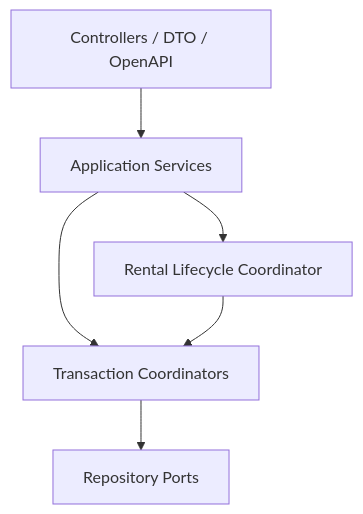
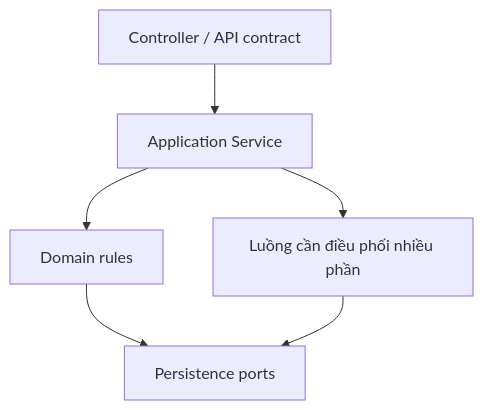
The third of 5 diagrams in docs/contexts/system-map.md (Danh20100/moibile_app), drawn with Mermaid before and after one commit. The commit also changed other lines of this file and 9 other files, not shown here.

````diff
--- a/docs/contexts/system-map.md
+++ b/docs/contexts/system-map.md
@@ -61,14 +53,8 @@
 ```mermaid
 flowchart TB
-    API[Controllers / DTO / OpenAPI]
-    APP[Application Services]
-    LIFE[Rental Lifecycle Coordinator]
-    GUARD[Transaction Coordinators]
-    REPO[Repository Ports]
-
-    API --> APP
-    APP --> LIFE
-    APP --> GUARD
-    LIFE --> GUARD
-    GUARD --> REPO
+    API["Controller / API contract"] --> APP["Application Service"]
+    APP --> RULE["Domain rules"]
+    APP --> COORD["Luồng cần điều phối nhiều phần"]
+    RULE --> PORT["Persistence ports"]
+    COORD --> PORT
 ```
````
